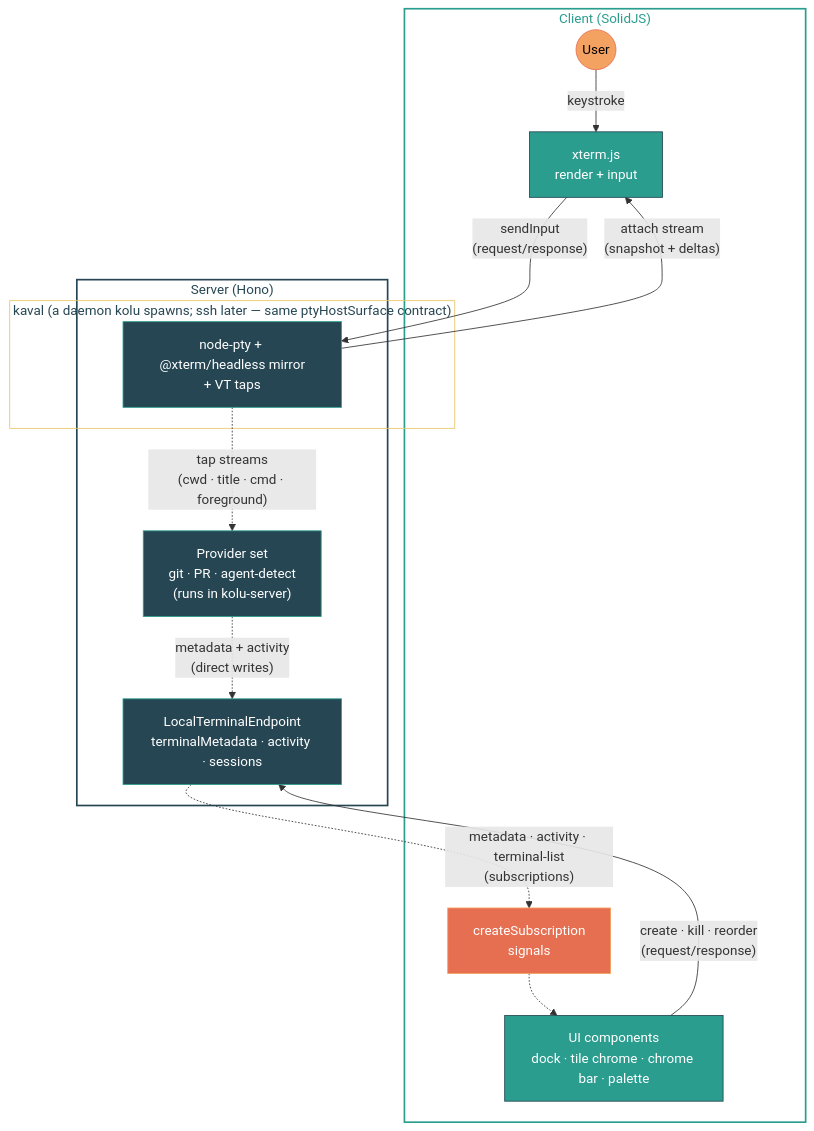
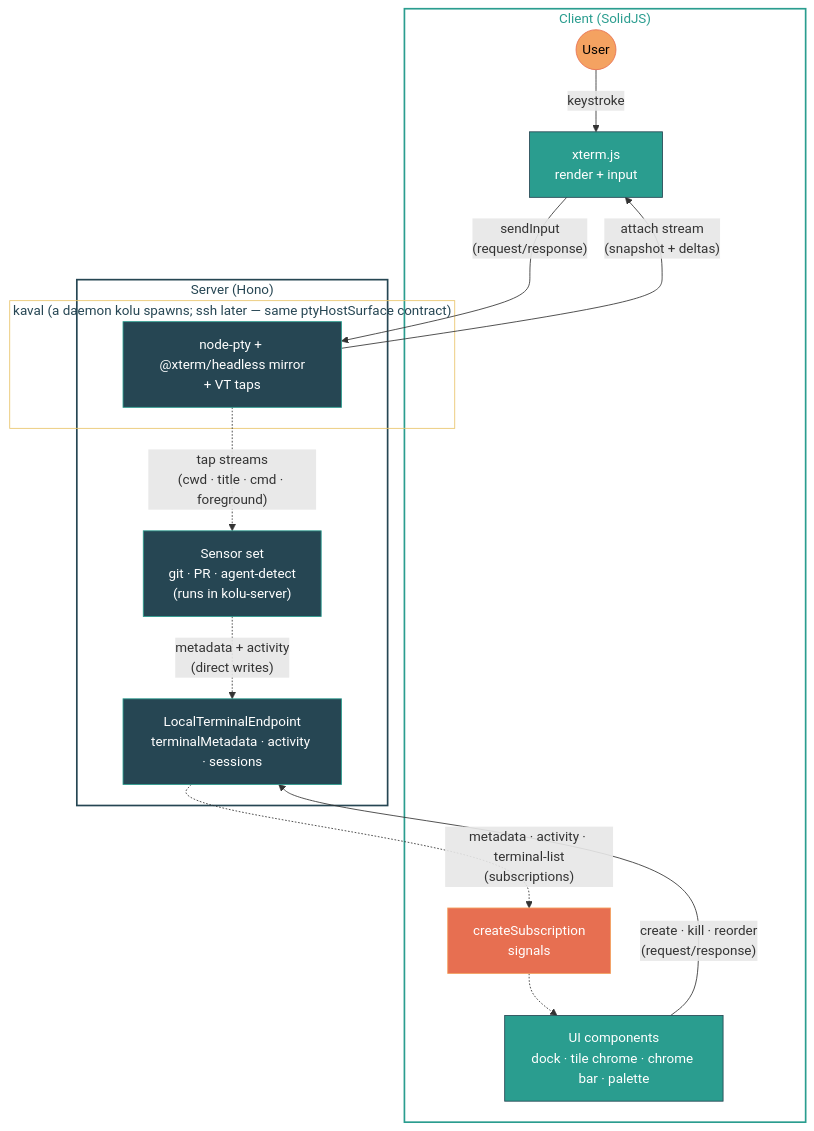
Before and after one commit to juspay/kolu: the diagram in README.md, drawn with Mermaid. The commit also changed other lines of this file and 11 other files, not shown here.

````diff
--- a/README.md
+++ b/README.md
@@ -254,40 +254,40 @@
 ```mermaid
 flowchart TB
   subgraph Client["Client (SolidJS)"]
     User((User)):::user
     Xterm["xterm.js\nrender + input"]:::client
     Subs["createSubscription\nsignals"]:::cache
     UI["UI components\ndock · tile chrome · chrome bar · palette"]:::client
   end
 
   subgraph Server["Server (Hono)"]
     subgraph PtyHost["kaval (a daemon kolu spawns; ssh later — same ptyHostSurface contract)"]
       Host["node-pty + @xterm/headless mirror\n+ VT taps"]:::server
     end
-    Providers["Provider set\ngit · PR · agent-detect\n(runs in kolu-server)"]:::server
+    Sensors["Sensor set\ngit · PR · agent-detect\n(runs in kolu-server)"]:::server
     Backend["LocalTerminalEndpoint\nterminalMetadata · activity · sessions"]:::server
   end
 
   %% Terminal I/O loop (through the ptyHostSurface contract)
   User -->|"keystroke"| Xterm
   Xterm -->|"sendInput\n(request/response)"| Host
   Host -->|"attach stream\n(snapshot + deltas)"| Xterm
 
   %% Metadata loop
-  Host -.->|"tap streams\n(cwd · title · cmd · foreground)"| Providers
-  Providers -.->|"metadata + activity\n(direct writes)"| Backend
+  Host -.->|"tap streams\n(cwd · title · cmd · foreground)"| Sensors
+  Sensors -.->|"metadata + activity\n(direct writes)"| Backend
   Backend -.->|"metadata · activity · terminal-list\n(subscriptions)"| Subs
   Subs -.-> UI
 
   %% User actions
   UI -->|"create · kill · reorder\n(request/response)"| Backend
 
   classDef user fill:#f4a261,stroke:#e76f51,color:#000
   classDef client fill:#2a9d8f,stroke:#264653,color:#fff
   classDef cache fill:#e76f51,stroke:#f4a261,color:#fff
   classDef server fill:#264653,stroke:#2a9d8f,color:#fff
 
   style Client fill:none,stroke:#2a9d8f,stroke-width:2px,color:#2a9d8f
   style Server fill:none,stroke:#264653,stroke-width:2px,color:#264653
   style PtyHost fill:none,stroke:#e9c46a,stroke-width:1px,color:#264653
 ```
````
